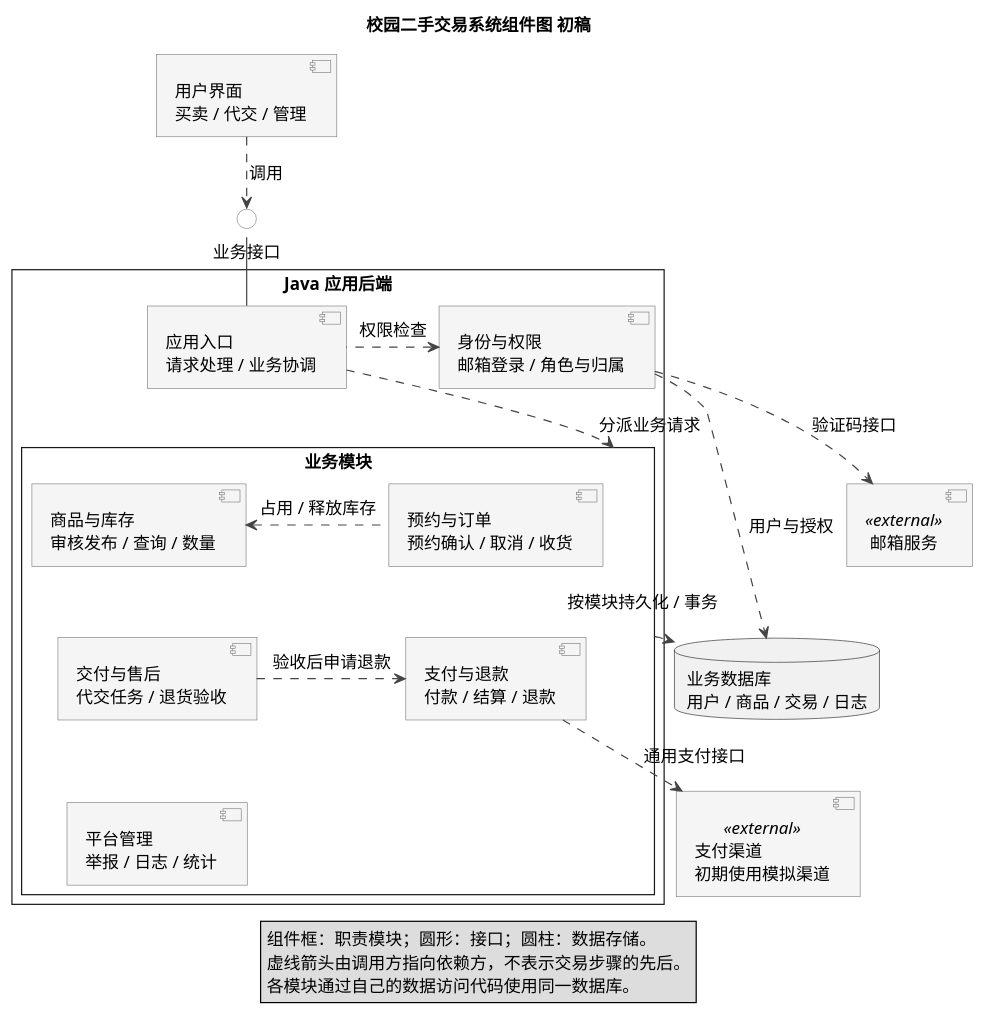
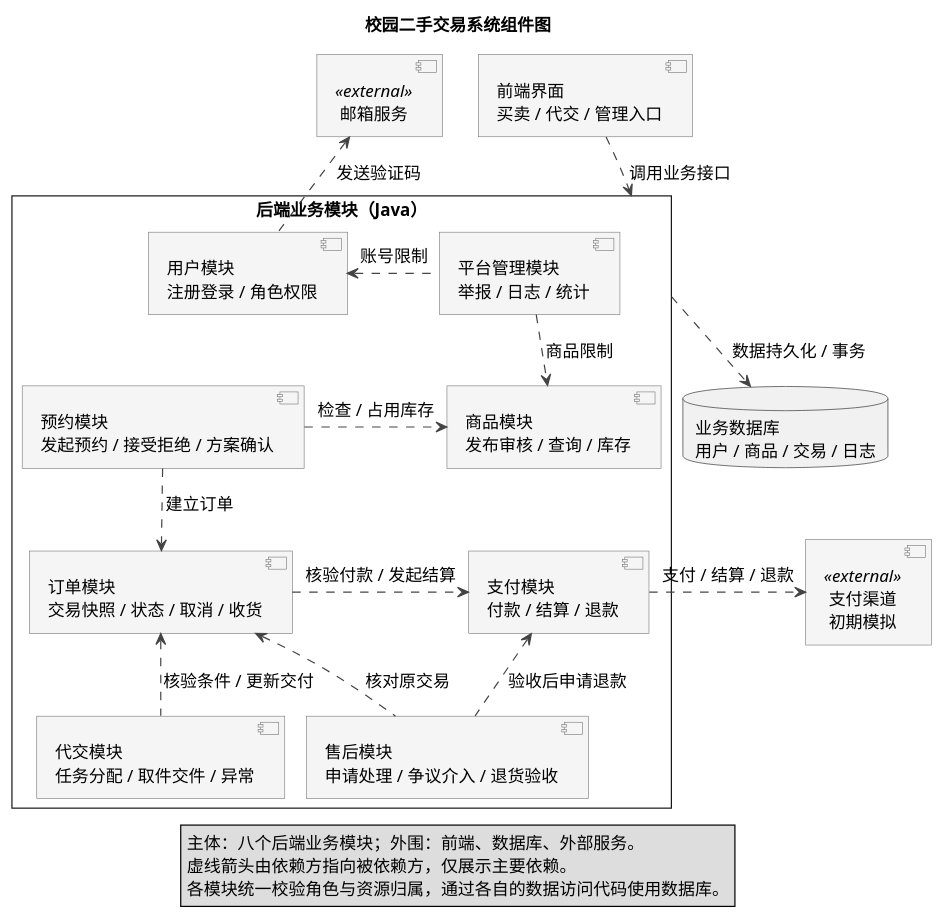
Before and after one commit to koishikois259/campus-market: the diagram in UML/UML组件图.puml, drawn with PlantUML. The commit also changed 5 other files, not shown here.

Commit message:
lab2: center component diagram on eight backend business modules

```diff
--- a/UML/UML组件图.puml
+++ b/UML/UML组件图.puml
@@ -1,61 +1,62 @@
 @startuml
-' Component diagram AI draft v0.1, 2026-11-02.
+' Component diagram v0.2, revised after user review, 2026-11-04.
 ' Reference: https://plantuml.com/zh/component-diagram
 !pragma layout smetana
-title 校园二手交易系统组件图 初稿
+title 校园二手交易系统组件图
 skinparam defaultFontName Microsoft YaHei
 skinparam defaultFontSize 14
 skinparam componentStyle uml2
 skinparam shadowing false
 skinparam roundcorner 0
 skinparam componentBackgroundColor #F5F5F5
 skinparam componentBorderColor #777777
 skinparam interfaceBackgroundColor #FFFFFF
 skinparam interfaceBorderColor #777777
 skinparam packageStyle rectangle
 skinparam packageBackgroundColor #FFFFFF
 skinparam ArrowColor #444444
-skinparam nodesep 28
-skinparam ranksep 35
+skinparam nodesep 35
+skinparam ranksep 40
 
-component "用户界面\n买卖 / 代交 / 管理" as UI
-interface "业务接口" as BusinessAPI
+component "前端界面\n买卖 / 代交 / 管理入口" as UI
 
-package "Java 应用后端" as Backend {
-  component "应用入口\n请求处理 / 业务协调" as App
-  component "身份与权限\n邮箱登录 / 角色与归属" as Identity
-  package "业务模块" as Business {
-    component "商品与库存\n审核发布 / 查询 / 数量" as Catalog
-    component "预约与订单\n预约确认 / 取消 / 收货" as Trade
-    component "支付与退款\n付款 / 结算 / 退款" as Finance
-    component "交付与售后\n代交任务 / 退货验收" as Fulfillment
-    component "平台管理\n举报 / 日志 / 统计" as Governance
-    Trade .left.> Catalog : 占用 / 释放库存
-    Fulfillment .right.> Finance : 验收后申请退款
-    Catalog -[hidden]down-> Fulfillment
-    Trade -[hidden]down-> Finance
-    Fulfillment -[hidden]down-> Governance
-  }
-  App .left.> Identity : 权限检查
-  App .down.> Business : 分派业务请求
+package "后端业务模块（Java）" as Backend {
+  component "用户模块\n注册登录 / 角色权限" as User
+  component "平台管理模块\n举报 / 日志 / 统计" as Governance
+  component "预约模块\n发起预约 / 接受拒绝 / 方案确认" as Reservation
+  component "商品模块\n发布审核 / 查询 / 库存" as Catalog
+  component "订单模块\n交易快照 / 状态 / 取消 / 收货" as Order
+  component "支付模块\n付款 / 结算 / 退款" as Finance
+  component "代交模块\n任务分配 / 取件交件 / 异常" as Delivery
+  component "售后模块\n申请处理 / 争议介入 / 退货验收" as Aftersale
+
+  Governance .left.> User : 账号限制
+  Governance .down.> Catalog : 商品限制
+  Reservation .right.> Catalog : 检查 / 占用库存
+  Reservation .down.> Order : 建立订单
+  Order .right.> Finance : 核验付款 / 发起结算
+  Delivery .up.> Order : 核验条件 / 更新交付
+  Aftersale .up.> Finance : 验收后申请退款
+  Aftersale .up.> Order : 核对原交易
+
+  User -[hidden]down-> Reservation
+  Catalog -[hidden]down-> Finance
+  Delivery -[hidden]right-> Aftersale
 }
 
 component "邮箱服务" as MailProvider <<external>>
-component "支付渠道\n初期使用模拟渠道" as PaymentProvider <<external>>
+component "支付渠道\n初期模拟" as PaymentProvider <<external>>
 database "业务数据库\n用户 / 商品 / 交易 / 日志" as DB
 
-UI .down.> BusinessAPI : 调用
-BusinessAPI -down- App
-Identity .down.> MailProvider : 验证码接口
-Finance .down.> PaymentProvider : 通用支付接口
-Business .down.> DB : 按模块持久化 / 事务
-Identity .down.> DB : 用户与授权
-MailProvider -[hidden]right-> DB
-DB -[hidden]right-> PaymentProvider
+UI .down.> Backend : 调用业务接口
+User .up.> MailProvider : 发送验证码
+Finance .right.> PaymentProvider : 支付 / 结算 / 退款
+Backend .down.> DB : 数据持久化 / 事务
+MailProvider -[hidden]right-> UI
 
 legend bottom
-  组件框：职责模块；圆形：接口；圆柱：数据存储。
-  虚线箭头由调用方指向依赖方，不表示交易步骤的先后。
-  各模块通过自己的数据访问代码使用同一数据库。
+  主体：八个后端业务模块；外围：前端、数据库、外部服务。
+  虚线箭头由依赖方指向被依赖方，仅展示主要依赖。
+  各模块统一校验角色与资源归属，通过各自的数据访问代码使用数据库。
 endlegend
 @enduml
```
